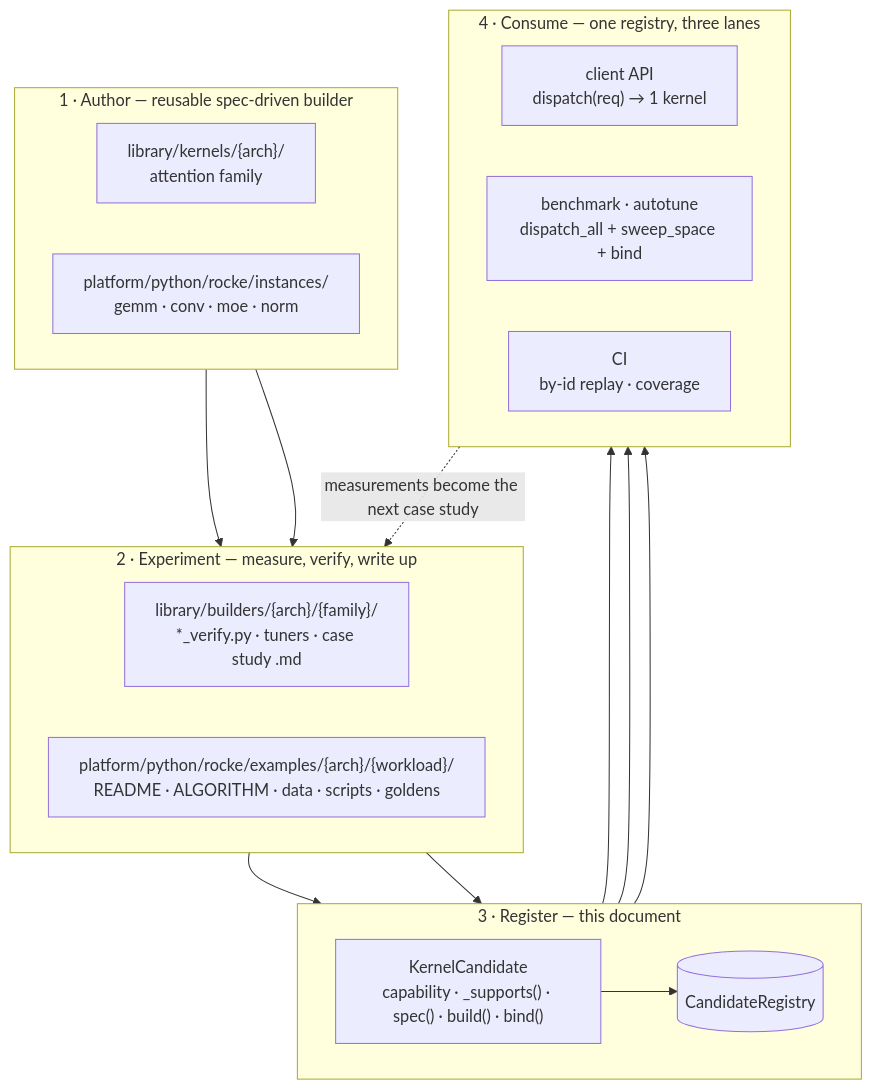
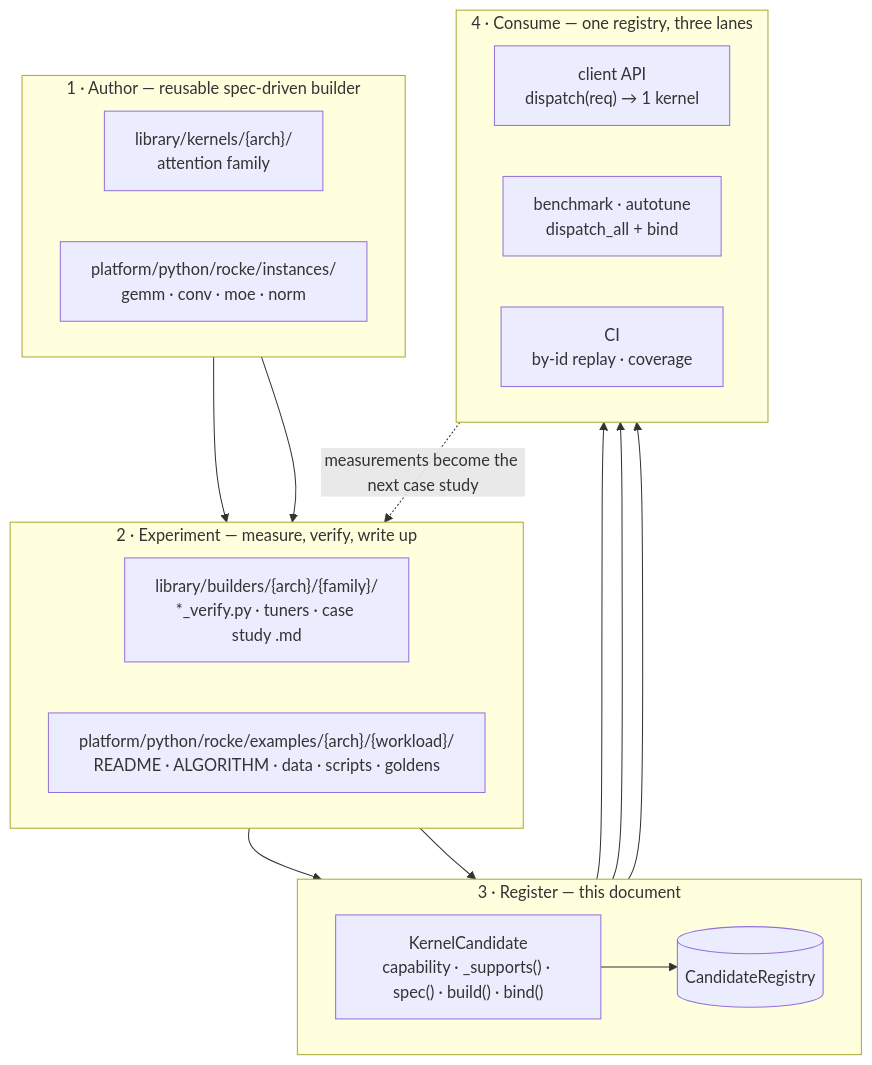
Before and after one commit to ROCm/rocm-libraries: the diagram in dnn-providers/hip-kernel-provider/rocke/platform/python/rocke/dispatch/ARCHITECTURE.md, drawn with Mermaid. The commit also changed other lines of this file and 39 other files, not shown here.

````diff
--- a/dnn-providers/hip-kernel-provider/rocke/platform/python/rocke/dispatch/ARCHITECTURE.md
+++ b/dnn-providers/hip-kernel-provider/rocke/platform/python/rocke/dispatch/ARCHITECTURE.md
@@ -125,37 +125,37 @@
 ```mermaid
 flowchart TD
     subgraph S1["1 · Author — reusable spec-driven builder"]
         direction LR
         A1["library/kernels/{arch}/<br/>attention family"]
         A2["platform/python/rocke/instances/<br/>gemm · conv · moe · norm"]
     end
 
     subgraph S2["2 · Experiment — measure, verify, write up"]
         direction LR
         E1["library/builders/{arch}/{family}/<br/>*_verify.py · tuners · case study .md"]
         E2["platform/python/rocke/examples/{arch}/{workload}/<br/>README · ALGORITHM · data · scripts · goldens"]
     end
 
     subgraph S3["3 · Register — this document"]
         direction LR
         R1["KernelCandidate<br/>capability · _supports() · spec() · build() · bind()"]
         R2[("CandidateRegistry")]
     end
 
     subgraph S4["4 · Consume — one registry, three lanes"]
         direction LR
         C1["client API<br/>dispatch(req) → 1 kernel"]
-        C2["benchmark · autotune<br/>dispatch_all + sweep_space + bind"]
+        C2["benchmark · autotune<br/>dispatch_all + bind"]
         C3["CI<br/>by-id replay · coverage"]
     end
 
     A1 --> E1
     A2 --> E2
     E1 --> R1
     E2 --> R1
     R1 --> R2
     R2 --> C1
     R2 --> C2
     R2 --> C3
     C2 -. "measurements become the next case study" .-> E2
 ```
````
